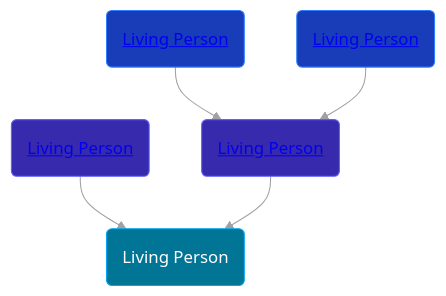
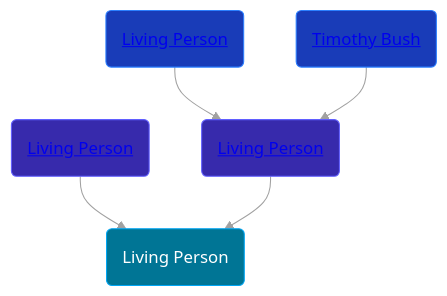
Before and after one commit to wpmgotkh/wpmgotkh.github.io: the diagram in pages/people/9/94045846.md, drawn with Mermaid. The commit also changed 213 other files, not shown here.

````diff
--- a/pages/people/9/94045846.md
+++ b/pages/people/9/94045846.md
@@ -10,12 +10,12 @@
 ```mermaid
 graph
 classDef grands fill:#193cb8,stroke:#2b7fff,stroke-width:1px,color:#fff;
 classDef parents fill:#372aac,stroke:#615fff,stroke-width:1px,color:#fff;
 classDef primary fill:#007595,stroke:#00a6f4,stroke-width:1px,color:#fff;
 94045846(Living Person):::primary
 97672136(<a class="text-white" href="/people/9/97672136">Living Person</a>):::parents-->94045846
 27255579(<a class="text-white" href="/people/2/27255579">Living Person</a>):::parents-->94045846
 95526608(<a class="text-white" href="/people/9/95526608">Living Person</a>):::grands-->27255579
-33561872(<a class="text-white" href="/people/3/33561872">Living Person</a>):::grands-->27255579
+33561872(<a class="text-white" href="/people/3/33561872">Timothy Bush</a>):::grands-->27255579
 linkStyle default stroke:#a1a1a1
 ```
````
